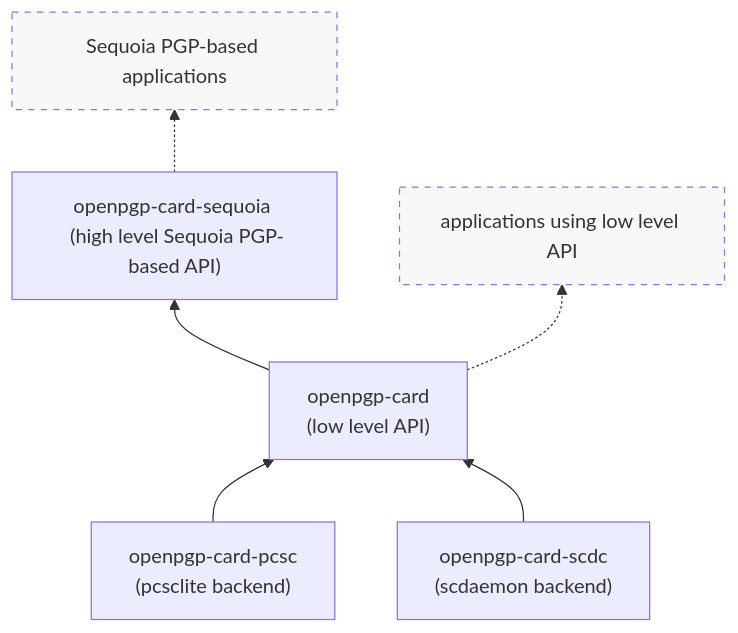
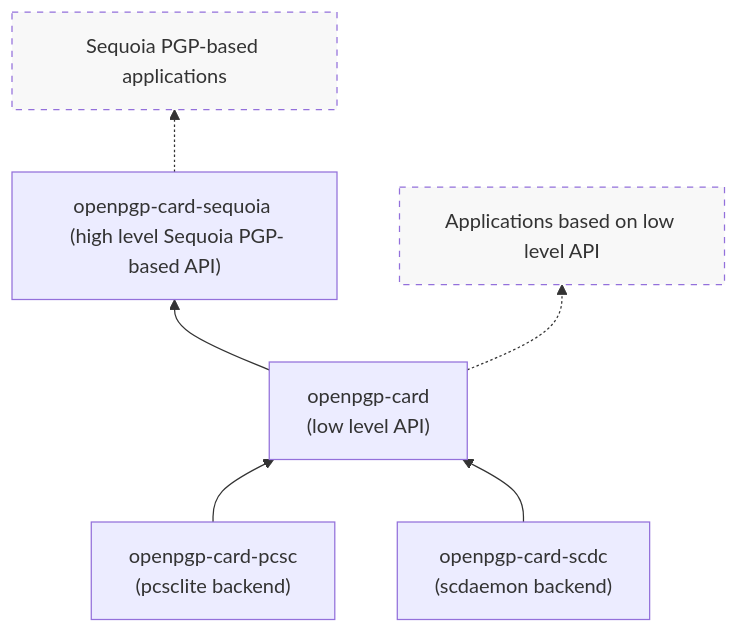
One commit to tsprlng/useful-pgp-agent changed the diagram in README.md. Above: the diagram before and after it, drawn with Mermaid. The commit also changed other lines of this file, not shown here.

Commit message:
List the non-library crates under the architecture diagram.

````diff
--- a/README.md
+++ b/README.md
@@ -29,11 +30,11 @@
 ```mermaid
 graph BT
     OP["openpgp-card-pcsc <br/> (pcsclite backend)"] --> OC
     OS["openpgp-card-scdc <br/> (scdaemon backend)"] --> OC["openpgp-card <br/> (low level API)"]
     OC --> OCS["openpgp-card-sequoia <br/> (high level Sequoia PGP-based API)"]
-    OC -.-> U2[applications using low level API]
-    OCS -.-> U3[Sequoia PGP-based applications]
+    OC -.-> U1[Applications based on low level API]
+    OCS -.-> U2[Sequoia PGP-based applications]
 
 classDef userApp fill:#f8f8f8,stroke-dasharray: 5 5;
-class U1,U2,U3 userApp;
+class U1,U2 userApp;
 ```
````
